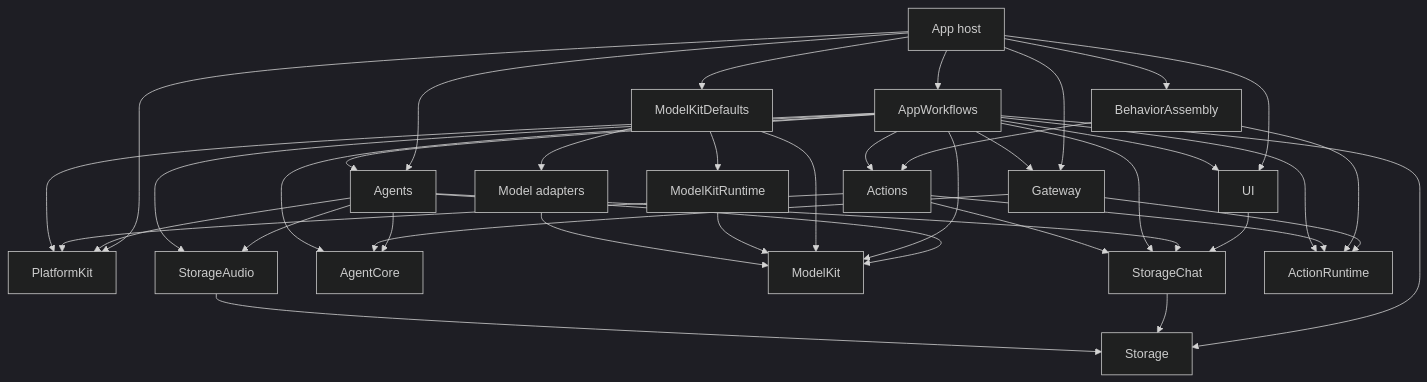
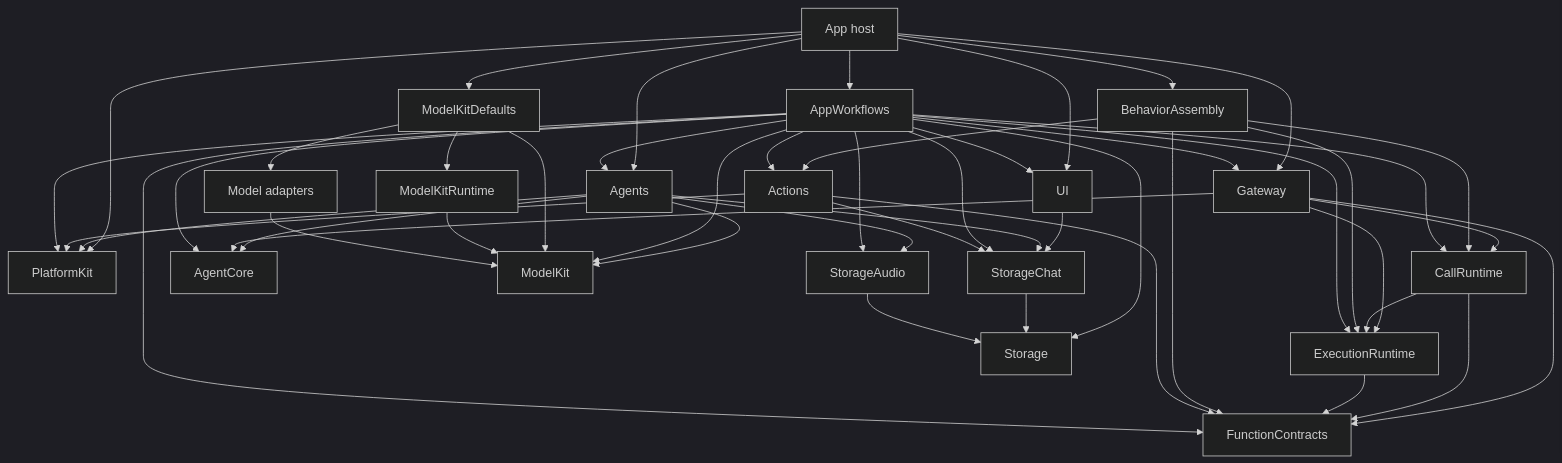
The third of 15 diagrams in MobileHarness/README.md (devilyouwei/MobileHarness), drawn with Mermaid (dark theme) before and after one commit. The commit also changed other lines of this file and 238 other files, not shown here.

First line of the commit message:
Separate callable Actions from Gateway execution and call protocols

````diff
--- a/MobileHarness/README.md
+++ b/MobileHarness/README.md
@@ -98,47 +98,56 @@
 ```mermaid
 flowchart TB
     App[App host] --> Agents
     App --> Gateway
     App --> Assembly[BehaviorAssembly]
     App --> Workflows[AppWorkflows]
     App --> Defaults[ModelKitDefaults]
     App --> UI
     App --> PlatformKit
 
     UI --> StorageChat
 
     Agents --> AgentCore
     Agents --> PlatformKit
     Agents --> ModelKit
     Agents --> StorageChat
     Agents --> StorageAudio
 
     Gateway --> AgentCore
-    Gateway --> ActionRuntime
+    Gateway --> FunctionContracts
+    Gateway --> ExecutionRuntime
+    Gateway --> CallRuntime
+    CallRuntime --> ExecutionRuntime
+    CallRuntime --> FunctionContracts
+    ExecutionRuntime --> FunctionContracts
 
     Assembly --> Actions
-    Assembly --> ActionRuntime
-    Actions --> ActionRuntime
+    Assembly --> FunctionContracts
+    Assembly --> ExecutionRuntime
+    Assembly --> CallRuntime
+    Actions --> FunctionContracts
     Actions --> PlatformKit
 
     Workflows --> UI
     Workflows --> Storage
     Workflows --> StorageChat
     Workflows --> StorageAudio
     Workflows --> ModelKit
     Workflows --> PlatformKit
     Workflows --> Actions
     Workflows --> Agents
     Workflows --> Gateway
     Workflows --> AgentCore
-    Workflows --> ActionRuntime
+    Workflows --> FunctionContracts
+    Workflows --> ExecutionRuntime
+    Workflows --> CallRuntime
 
     Actions --> StorageChat
     StorageChat --> Storage
     StorageAudio --> Storage
     Defaults --> ModelKit
     Defaults --> ModelKitRuntime
     Defaults --> Adapters[Model adapters]
     ModelKitRuntime --> ModelKit
     Adapters --> ModelKit
 ```
````
